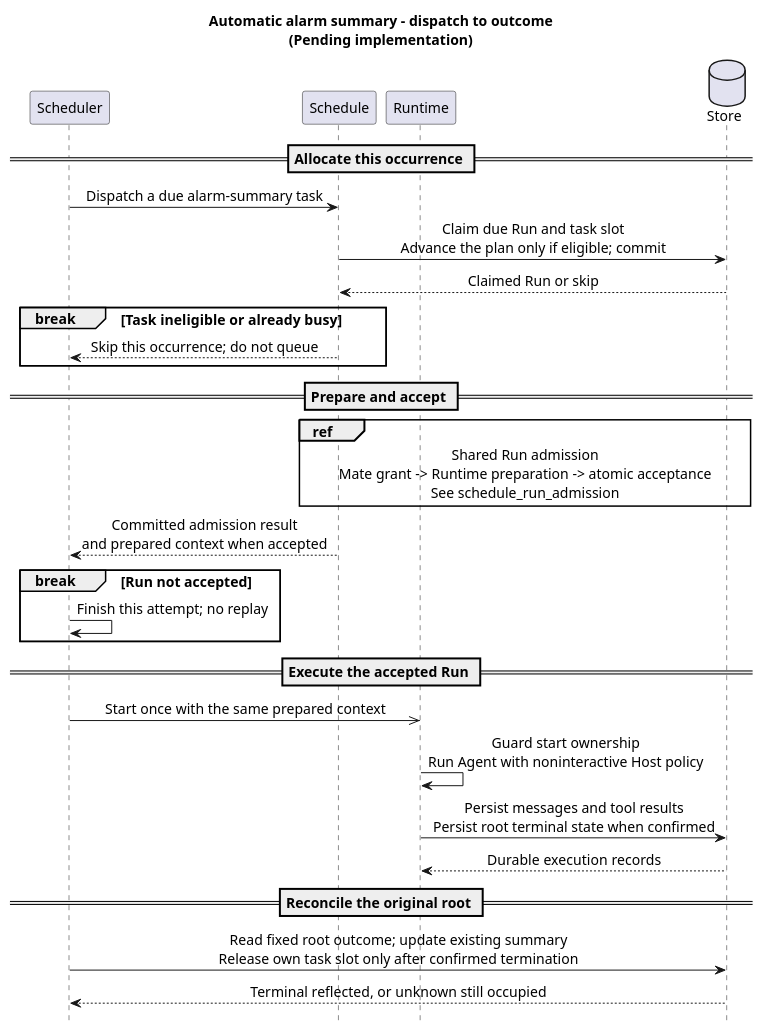
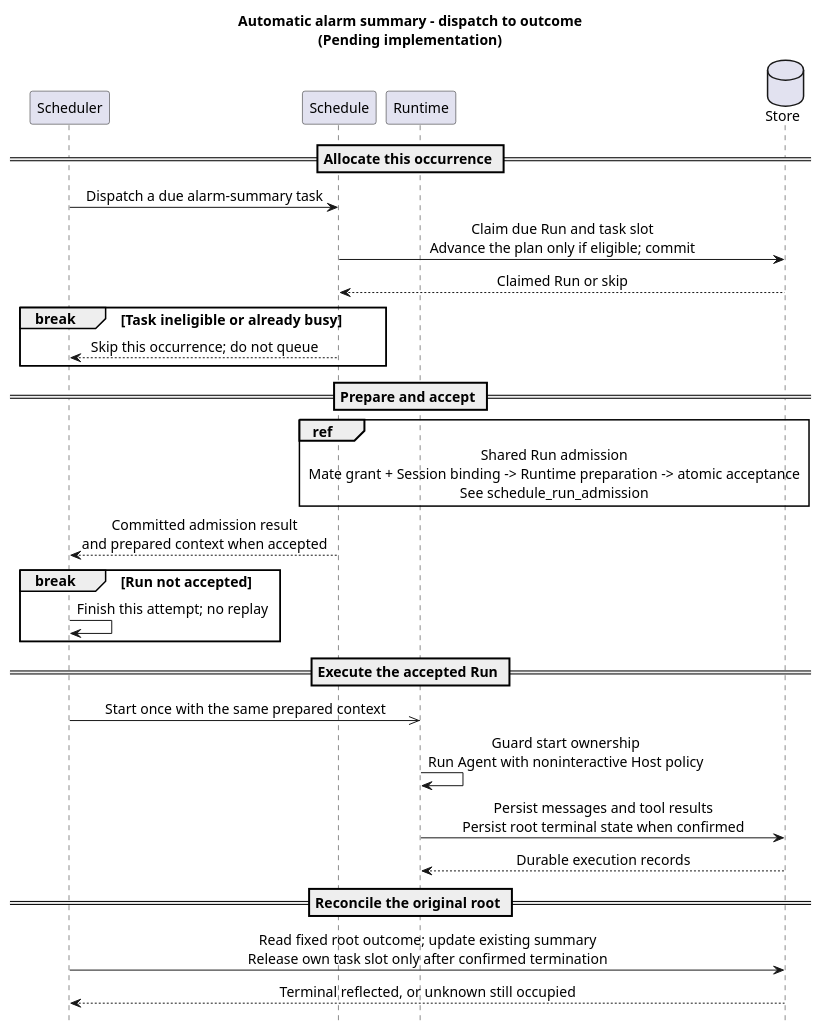
One commit to ssm0808/pi-mono-java-design changed the first of 5 diagrams in 01-总体架构/08-CampusClaw定时任务/diagram.puml. Above: the diagram before and after it, drawn with PlantUML. The commit also changed other lines of this file and 17 other files, not shown here.

Commit message:
docs(architecture): 将会话归属与权限统一交由 Mate 维护

```diff
--- a/01-总体架构/08-CampusClaw定时任务/diagram.puml
+++ b/01-总体架构/08-CampusClaw定时任务/diagram.puml
@@ -1,43 +1,43 @@
 @startuml scheduled_run_sequence
 ' Java baseline: 553dcd5e2ff682f9684810a043b442b37a02e54a; main fetched 2026-10-08 (unchanged).
 ' Source: modules/cron/src/main/java/com/campusclaw/cron/engine/CronEngine.java executeAndReschedule.
 ' Source: modules/coding-agent-cli/src/main/java/com/campusclaw/codingagent/runtimeapi/event/RuntimeExecutionCoordinator.java start.
 ' Source: modules/coding-agent-cli/src/main/java/com/campusclaw/codingagent/runtimeapi/event/RuntimeEventOutput.java persistenceOnly.
 ' Presentation: Scheduler owns dispatch and reconciliation; Schedule owns preparation and admission.
 ' Design reason: separate durable admission from Runtime execution and its actual outcome.
 ' Target: Pending implementation; no catch-up, no replay, unknown outcomes keep the task busy.
 title Automatic alarm summary - dispatch to outcome\n(Pending implementation)
 hide footbox
 skinparam backgroundColor white
 skinparam defaultFontSize 14
 skinparam sequenceMessageAlign center
 participant Scheduler
 participant Schedule
 participant Runtime
 database Store
 == Allocate this occurrence ==
 Scheduler -> Schedule : Dispatch a due alarm-summary task
 Schedule -> Store : Claim due Run and task slot\nAdvance the plan only if eligible; commit
 Store --> Schedule : Claimed Run or skip
 break Task ineligible or already busy
   Schedule --> Scheduler : Skip this occurrence; do not queue
 end
 == Prepare and accept ==
 ref over Schedule, Store
   Shared Run admission
-  Mate grant -> Runtime preparation -> atomic acceptance
+  Mate grant + Session binding -> Runtime preparation -> atomic acceptance
   See schedule_run_admission
 end ref
 Schedule --> Scheduler : Committed admission result\nand prepared context when accepted
 break Run not accepted
   Scheduler -> Scheduler : Finish this attempt; no replay
 end
 == Execute the accepted Run ==
 Scheduler ->> Runtime : Start once with the same prepared context
 Runtime -> Runtime : Guard start ownership\nRun Agent with noninteractive Host policy
 Runtime -> Store : Persist messages and tool results\nPersist root terminal state when confirmed
 Store --> Runtime : Durable execution records
 == Reconcile the original root ==
 Scheduler -> Store : Read fixed root outcome; update existing summary\nRelease own task slot only after confirmed termination
 Store --> Scheduler : Terminal reflected, or unknown still occupied
 @enduml
```
